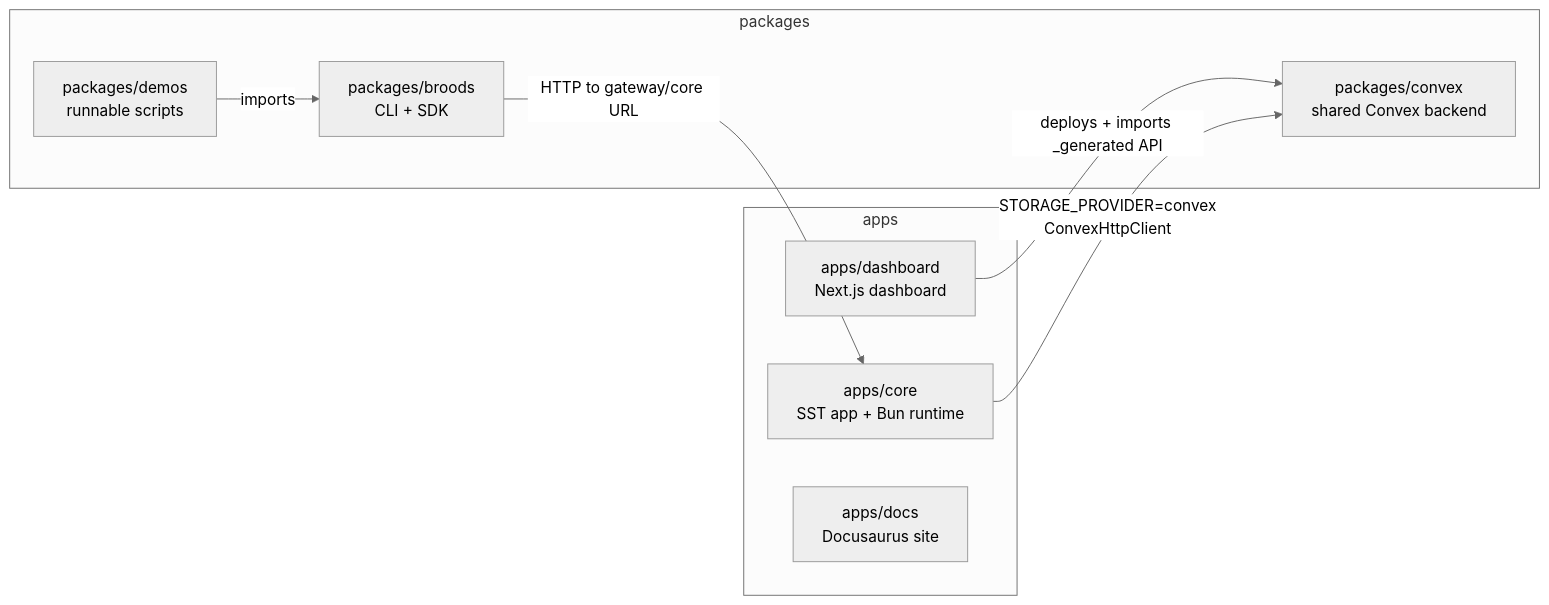
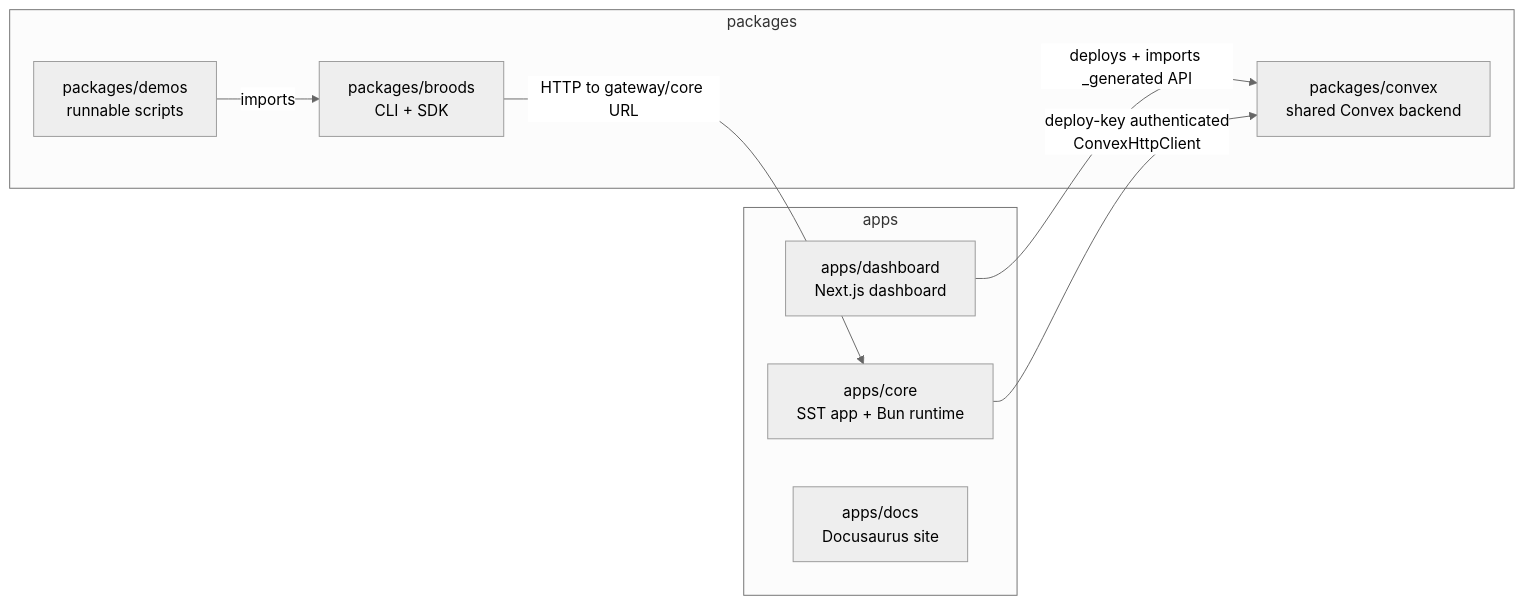
One commit to beeblastco/broods changed the first of 12 diagrams in apps/docs/docs/architecture.md. Above: the diagram before and after it, drawn with Mermaid (neutral theme). The commit also changed other lines of this file and 77 other files, not shown here.

Commit message:
feat(core): migrate runtime persistence to Convex

````diff
--- a/apps/docs/docs/architecture.md
+++ b/apps/docs/docs/architecture.md
@@ -9,18 +9,18 @@
 ```mermaid
 flowchart LR
   subgraph apps
     Core["apps/core<br/>SST app + Bun runtime"]
     Dash["apps/dashboard<br/>Next.js dashboard"]
     Docs["apps/docs<br/>Docusaurus site"]
   end
   subgraph packages
     Cvx["packages/convex<br/>shared Convex backend"]
     Sdk["packages/broods<br/>CLI + SDK"]
     Demos["packages/demos<br/>runnable scripts"]
   end
 
   Dash -->|"deploys + imports _generated API"| Cvx
-  Core -->|"STORAGE_PROVIDER=convex<br/>ConvexHttpClient"| Cvx
+  Core -->|"deploy-key authenticated<br/>ConvexHttpClient"| Cvx
   Demos -->|"imports"| Sdk
   Sdk -->|"HTTP to gateway/core URL"| Core
 ```
````
